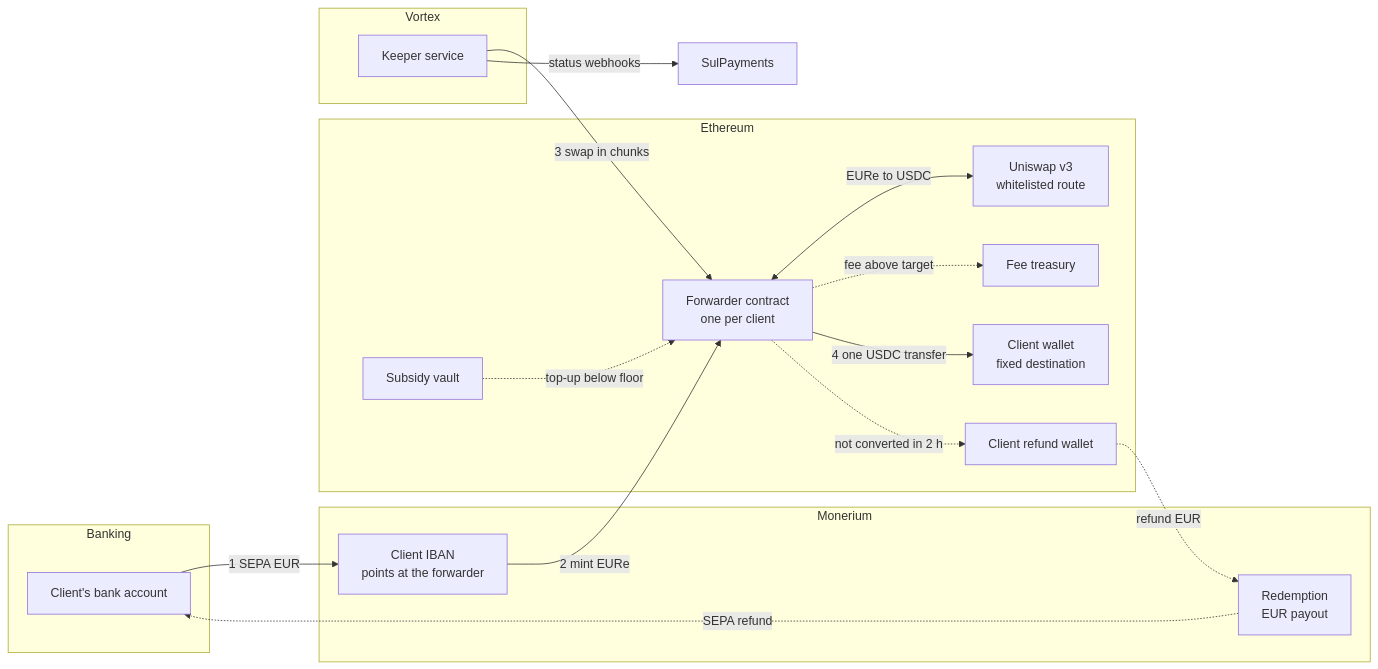
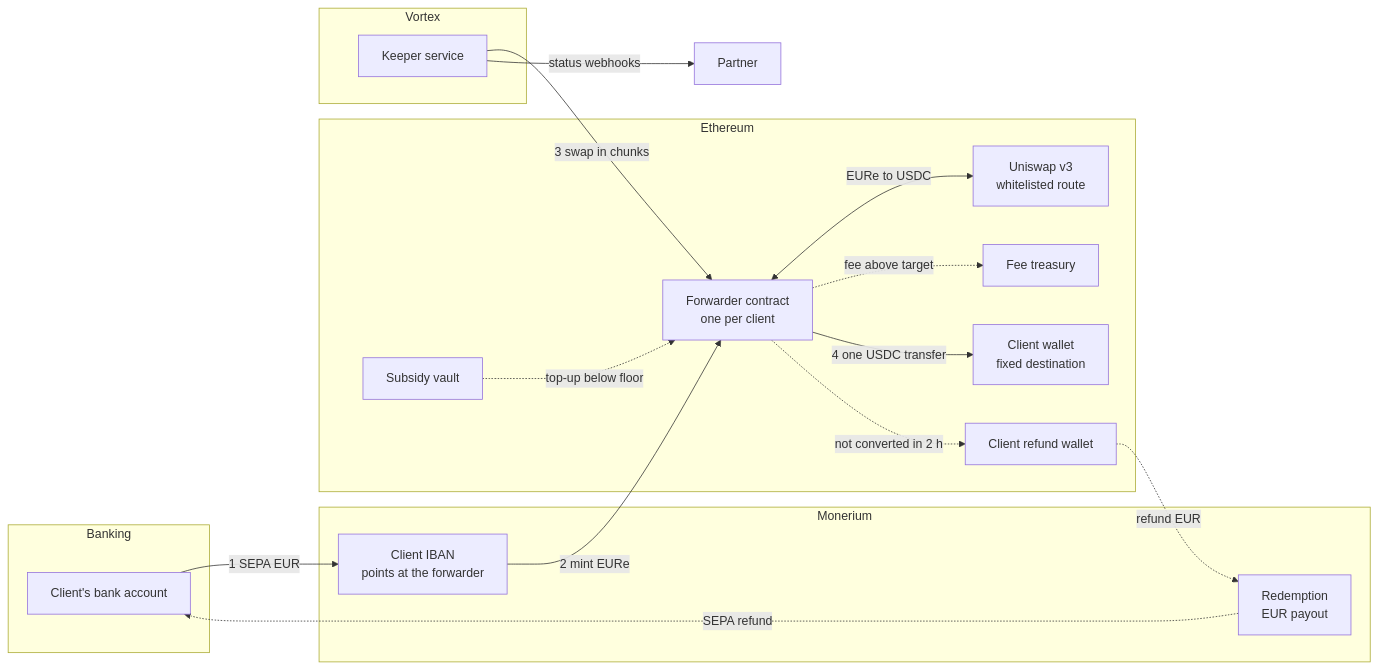
The first of 6 diagrams in docs/product-monerium-b2b-flow.md (pendulum-chain/vortex), drawn with Mermaid before and after one commit. The commit also changed other lines of this file and 50 other files, not shown here.

````diff
--- a/docs/product-monerium-b2b-flow.md
+++ b/docs/product-monerium-b2b-flow.md
@@ -59,34 +59,34 @@
 ```mermaid
 flowchart LR
     subgraph Bank["Banking"]
         CB["Client's bank account"]
     end
     subgraph Mon["Monerium"]
         IBAN["Client IBAN<br/>points at the forwarder"]
         RED["Redemption<br/>EUR payout"]
     end
     subgraph Eth["Ethereum"]
         FWD["Forwarder contract<br/>one per client"]
         UNI["Uniswap v3<br/>whitelisted route"]
         VAULT["Subsidy vault"]
         TREAS["Fee treasury"]
         DEST["Client wallet<br/>fixed destination"]
         REC["Client refund wallet"]
     end
     subgraph Vx["Vortex"]
         KEEP["Keeper service"]
     end
-    SP["SulPayments"]
+    P["Partner"]
 
     CB -- "1 SEPA EUR" --> IBAN
     IBAN -- "2 mint EURe" --> FWD
     KEEP -- "3 swap in chunks" --> FWD
     FWD <-- "EURe to USDC" --> UNI
     VAULT -. "top-up below floor" .-> FWD
     FWD -. "fee above target" .-> TREAS
     FWD -- "4 one USDC transfer" --> DEST
-    KEEP -- "status webhooks" --> SP
+    KEEP -- "status webhooks" --> P
     FWD -. "not converted in 2 h" .-> REC
     REC -. "refund EUR" .-> RED
     RED -. "SEPA refund" .-> CB
 ```
````
